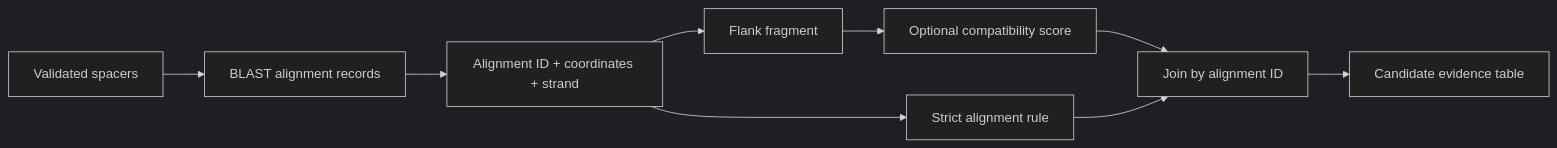
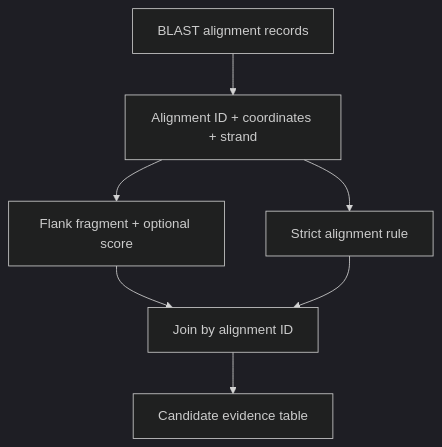
The first of 2 diagrams in README.md (CatAlvin/CRISPR-PHI-Bert), drawn with Mermaid (dark theme) before and after one commit. The commit also changed 1 other file, not shown here.

Commit message:
Improve bilingual alignment diagrams for GitHub reading width

````diff
--- a/README.md
+++ b/README.md
@@ -31,11 +31,9 @@
 ```mermaid
-flowchart LR
-    A[Validated spacers] --> B[BLAST alignment records]
-    B --> C[Alignment ID + coordinates + strand]
-    C --> D[Flank fragment]
-    D --> E[Optional compatibility score]
-    C --> F[Strict alignment rule]
-    E --> G[Join by alignment ID]
-    F --> G
-    G --> H[Candidate evidence table]
+flowchart TD
+    A[BLAST alignment records] --> B[Alignment ID + coordinates + strand]
+    B --> C[Flank fragment + optional score]
+    B --> D[Strict alignment rule]
+    C --> E[Join by alignment ID]
+    D --> E
+    E --> F[Candidate evidence table]
 ```
````
